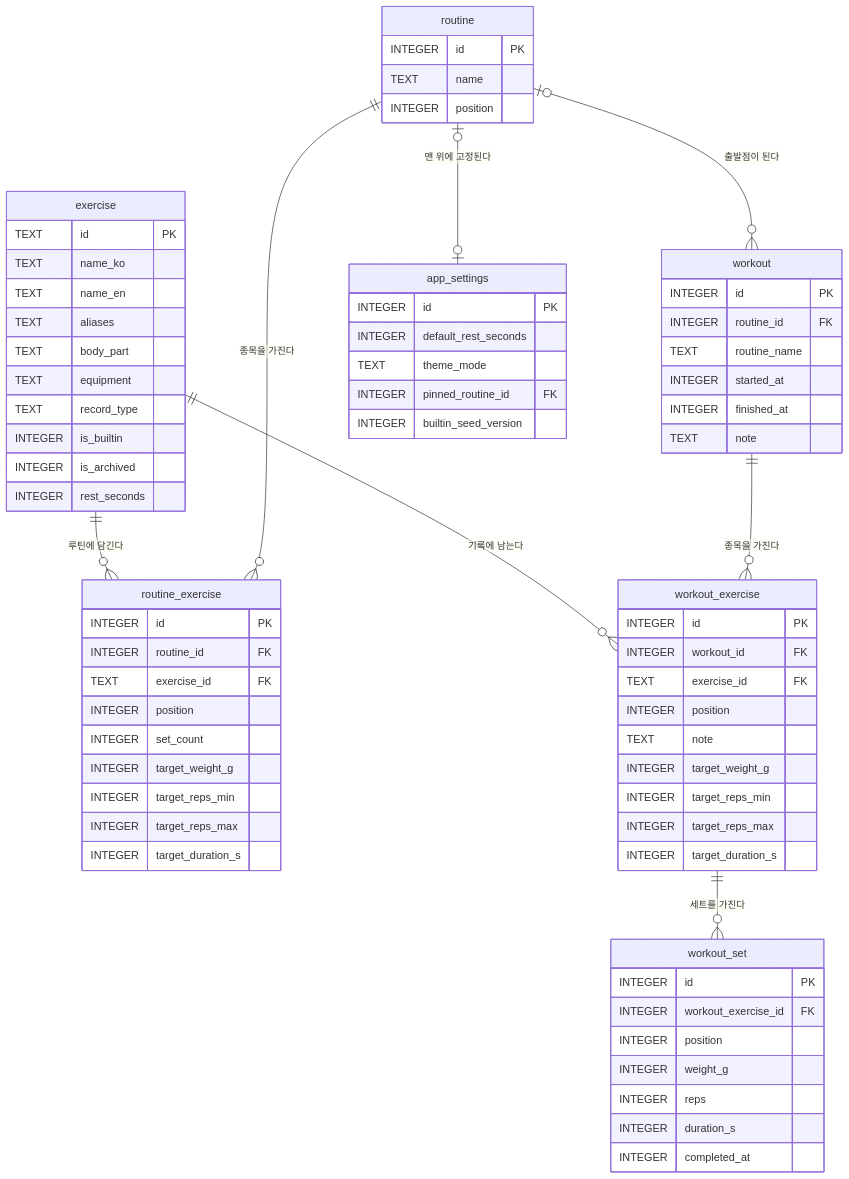
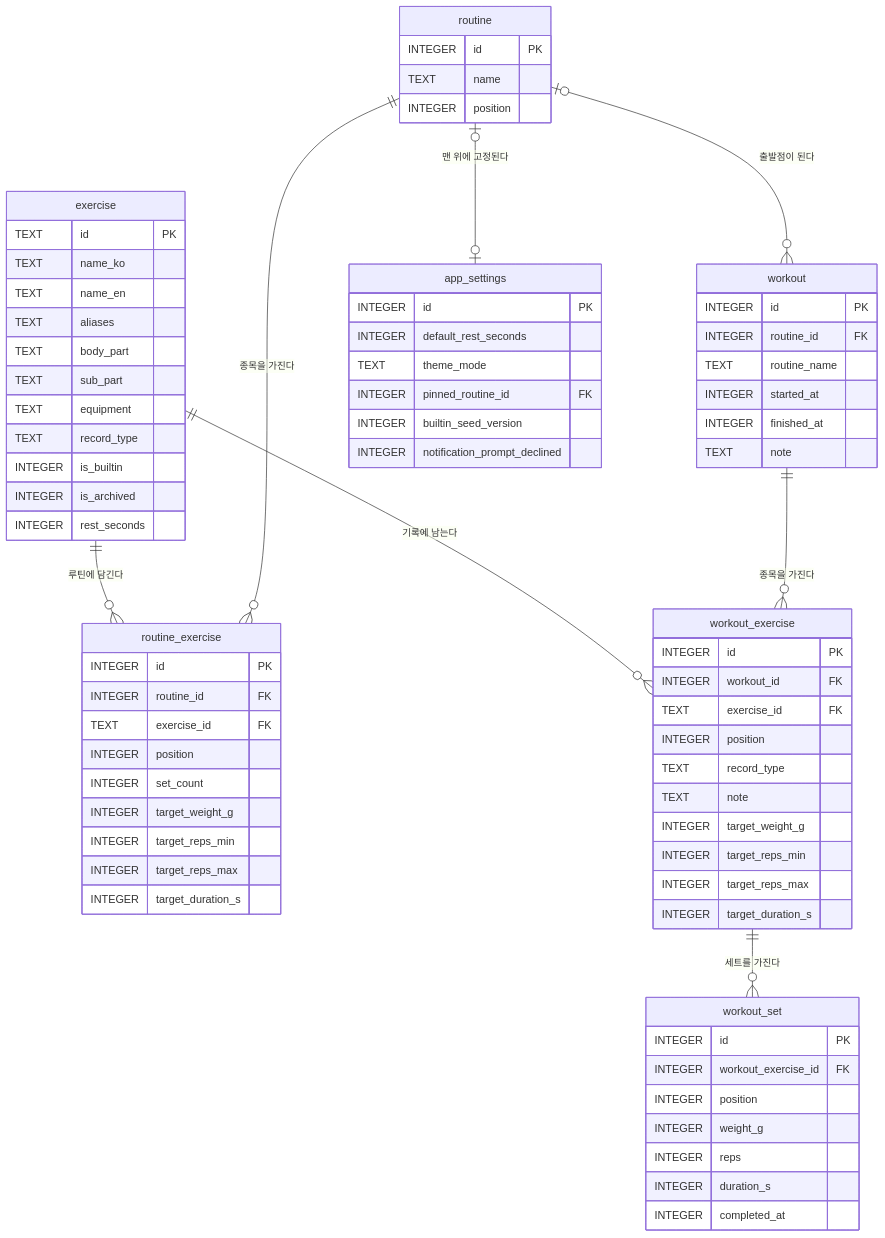
The second of 2 diagrams in docs/architecture.md (zzunsik/next-set), drawn with Mermaid before and after one commit. The commit also changed other lines of this file and 1 other file, not shown here.

````diff
--- a/docs/architecture.md
+++ b/docs/architecture.md
@@ -222,74 +271,77 @@
 ```mermaid
 erDiagram
     exercise ||--o{ routine_exercise : "루틴에 담긴다"
     exercise ||--o{ workout_exercise : "기록에 남는다"
     routine ||--o{ routine_exercise : "종목을 가진다"
     routine |o--o{ workout : "출발점이 된다"
     routine |o--o| app_settings : "맨 위에 고정된다"
     workout ||--o{ workout_exercise : "종목을 가진다"
     workout_exercise ||--o{ workout_set : "세트를 가진다"
 
     exercise {
         TEXT id PK
         TEXT name_ko
         TEXT name_en
         TEXT aliases
         TEXT body_part
+        TEXT sub_part
         TEXT equipment
         TEXT record_type
         INTEGER is_builtin
         INTEGER is_archived
         INTEGER rest_seconds
     }
     routine {
         INTEGER id PK
         TEXT name
         INTEGER position
     }
     routine_exercise {
         INTEGER id PK
         INTEGER routine_id FK
         TEXT exercise_id FK
         INTEGER position
         INTEGER set_count
         INTEGER target_weight_g
         INTEGER target_reps_min
         INTEGER target_reps_max
         INTEGER target_duration_s
     }
     workout {
         INTEGER id PK
         INTEGER routine_id FK
         TEXT routine_name
         INTEGER started_at
         INTEGER finished_at
         TEXT note
     }
     workout_exercise {
         INTEGER id PK
         INTEGER workout_id FK
         TEXT exercise_id FK
         INTEGER position
+        TEXT record_type
         TEXT note
         INTEGER target_weight_g
         INTEGER target_reps_min
         INTEGER target_reps_max
         INTEGER target_duration_s
     }
     workout_set {
         INTEGER id PK
         INTEGER workout_exercise_id FK
         INTEGER position
         INTEGER weight_g
         INTEGER reps
         INTEGER duration_s
         INTEGER completed_at
     }
     app_settings {
         INTEGER id PK
         INTEGER default_rest_seconds
         TEXT theme_mode
         INTEGER pinned_routine_id FK
         INTEGER builtin_seed_version
+        INTEGER notification_prompt_declined
     }
 ```
````
